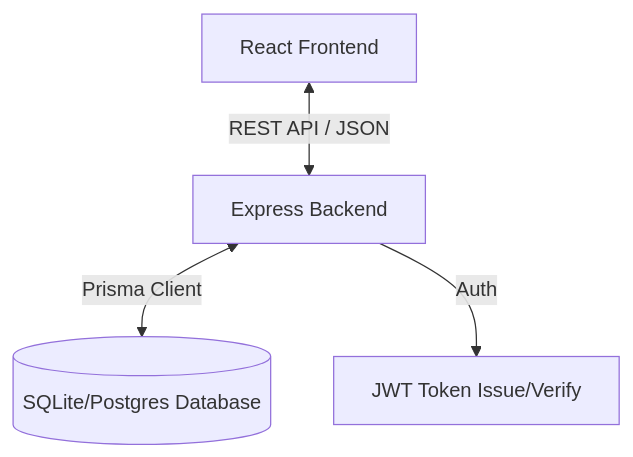
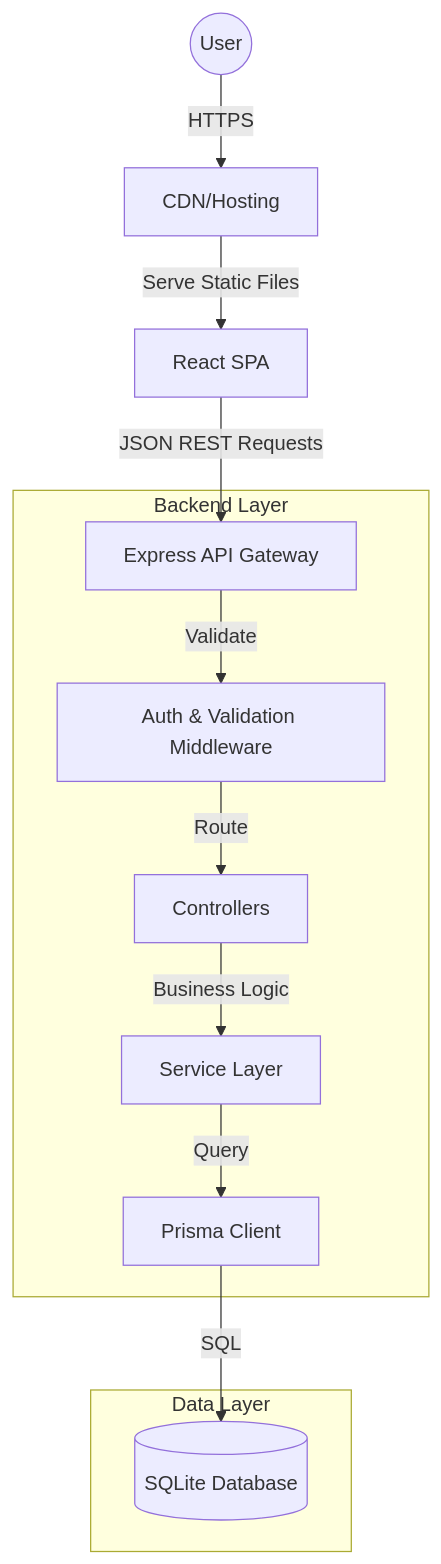
The diagram in README.md (KunjShah95/GearGuard-The-Ultimate-Maintenance-Tracker), drawn with Mermaid before and after one commit. The commit also changed other lines of this file, not shown here.

Commit message:
docs(README): Expand and reorganize table of contents, add detailed project overview, tech stack, and system architecture sections, and introduce emojis for clarity.

````diff
--- a/README.md
+++ b/README.md
@@ -124,6 +185,18 @@
 ```mermaid
 graph TD
-    Client[React Frontend] <-->|REST API / JSON| Server[Express Backend]
-    Server <-->|Prisma Client| DB[(SQLite/Postgres Database)]
-    Server -->|Auth| JWT[JWT Token Issue/Verify]
+    User((User)) -->|HTTPS| CDN[CDN/Hosting]
+    CDN -->|Serve Static Files| Browser[React SPA]
+    
+    Browser -->|JSON REST Requests| API[Express API Gateway]
+    
+    subgraph "Backend Layer"
+        API -->|Validate| Middleware[Auth & Validation Middleware]
+        Middleware -->|Route| Controllers[Controllers]
+        Controllers -->|Business Logic| Services[Service Layer]
+        Services -->|Query| ORM[Prisma Client]
+    end
+    
+    subgraph "Data Layer"
+        ORM -->|SQL| DB[(SQLite Database)]
+    end
 ```
````
